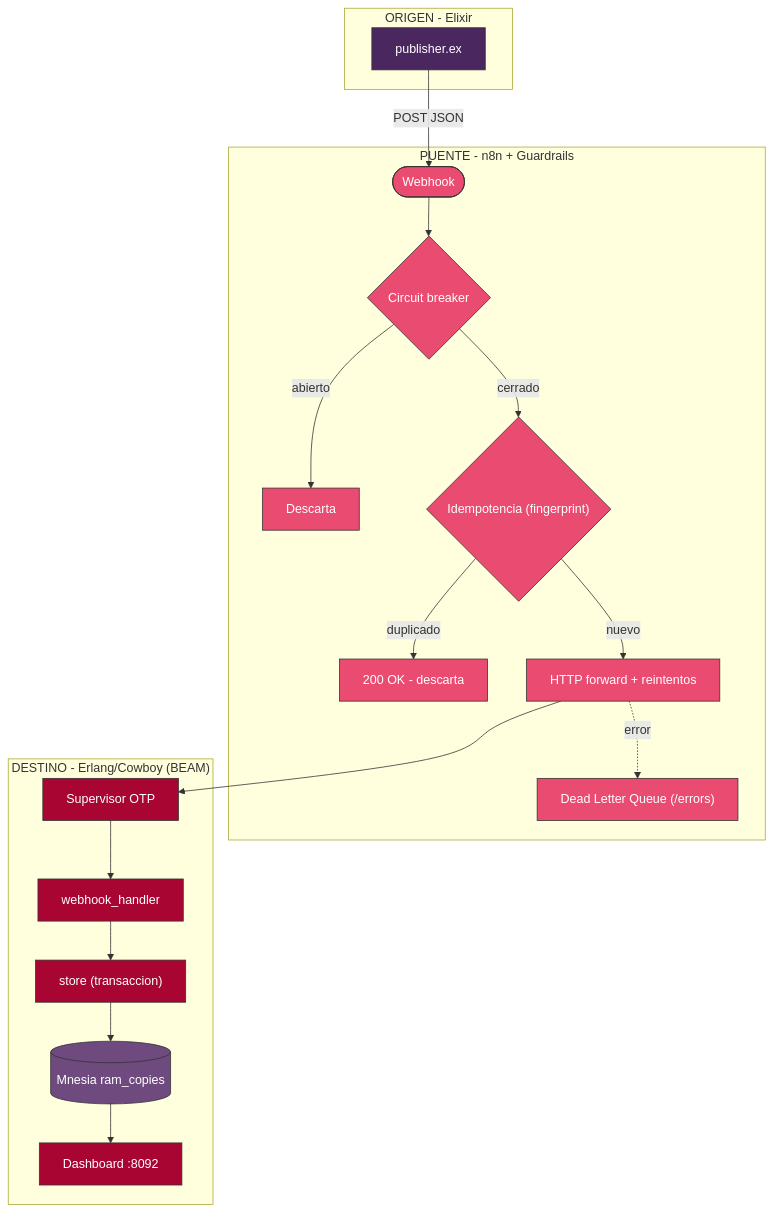
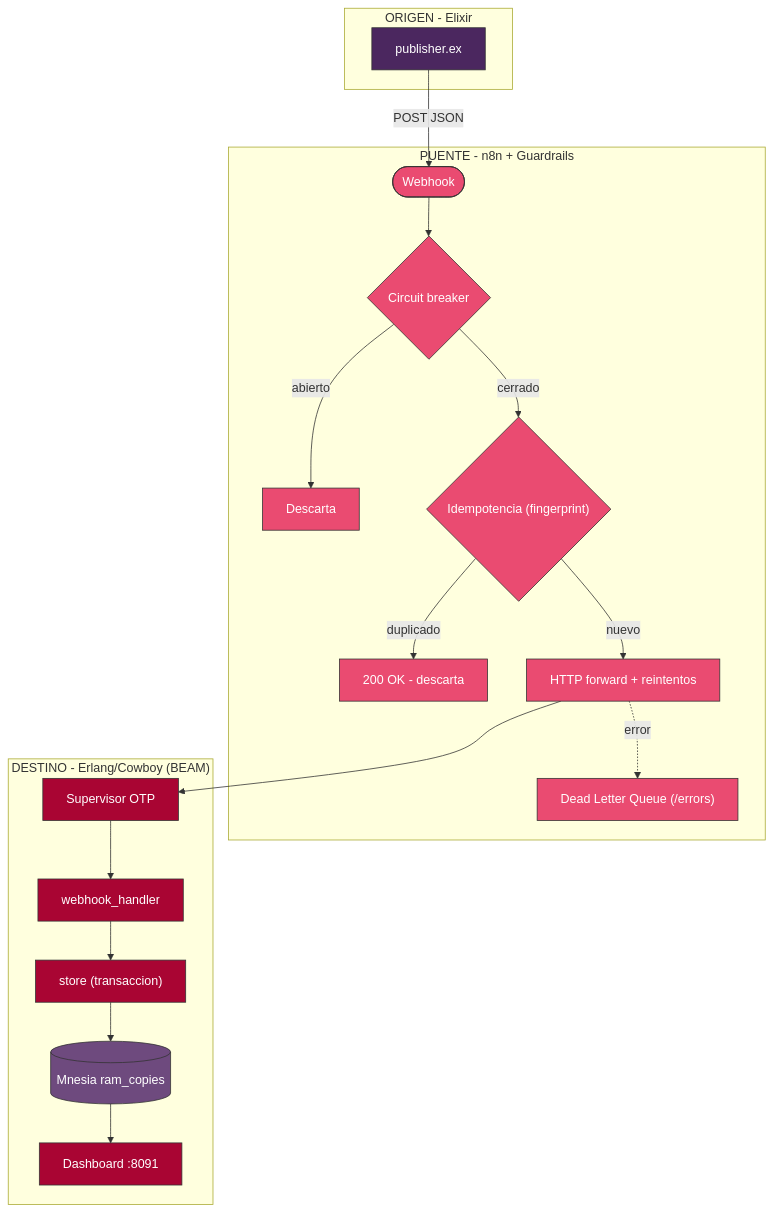
The first of 2 diagrams in cases/11-elixir-to-erlang/ARCHITECTURE.md (vladimiracunadev-create/social-bot-scheduler), drawn with Mermaid before and after one commit. The commit also changed other lines of this file and 26 other files, not shown here.

````diff
--- a/cases/11-elixir-to-erlang/ARCHITECTURE.md
+++ b/cases/11-elixir-to-erlang/ARCHITECTURE.md
@@ -29,35 +29,35 @@
 ```mermaid
 %%{init: {'theme':'base','themeVariables':{'fontSize':'26px','fontFamily':'Segoe UI, Arial, sans-serif'},'flowchart':{'useMaxWidth':true,'htmlLabels':false,'nodeSpacing':55,'rankSpacing':70,'padding':16,'diagramPadding':16}}%%
 flowchart TB
     subgraph ORIGIN["ORIGEN - Elixir"]
         P["publisher.ex"]
     end
 
     subgraph BRIDGE["PUENTE - n8n + Guardrails"]
         C(["Webhook"]) --> CB{"Circuit breaker"}
         CB -->|abierto| STOP["Descarta"]
         CB -->|cerrado| IDEM{"Idempotencia (fingerprint)"}
         IDEM -->|duplicado| DISCARD["200 OK - descarta"]
         IDEM -->|nuevo| FWD["HTTP forward + reintentos"]
         FWD -.->|error| DLQ["Dead Letter Queue (/errors)"]
     end
 
     subgraph DEST["DESTINO - Erlang/Cowboy (BEAM)"]
         FWD --> SUP["Supervisor OTP"]
         SUP --> WH["webhook_handler"]
         WH --> ST["store (transaccion)"]
         ST --> DB[("Mnesia ram_copies")]
-        DB --> DASH["Dashboard :8092"]
+        DB --> DASH["Dashboard :8091"]
     end
 
     P -->|POST JSON| C
 
     classDef origin fill:#4B275F,stroke:#333,color:#fff
     classDef bridge fill:#EA4B71,stroke:#333,color:#fff
     classDef dest fill:#A90533,stroke:#333,color:#fff
     classDef db fill:#6E4A7E,stroke:#333,color:#fff
     class P origin
     class C,CB,IDEM,FWD,DLQ,DISCARD,STOP bridge
     class SUP,WH,ST,DASH dest
     class DB db
 ```
````
